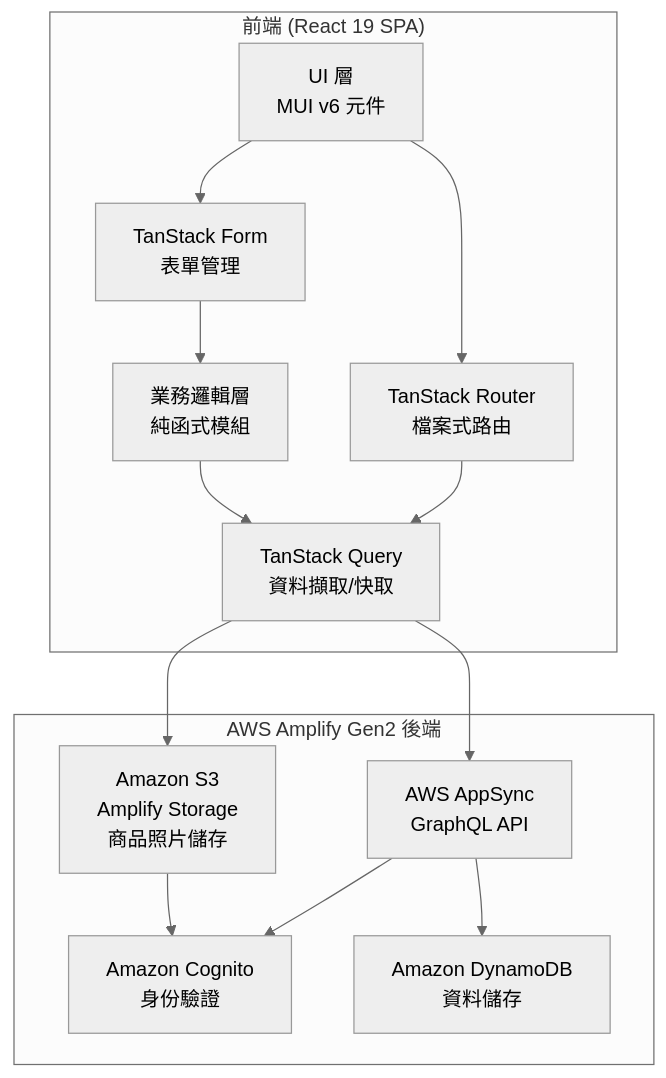
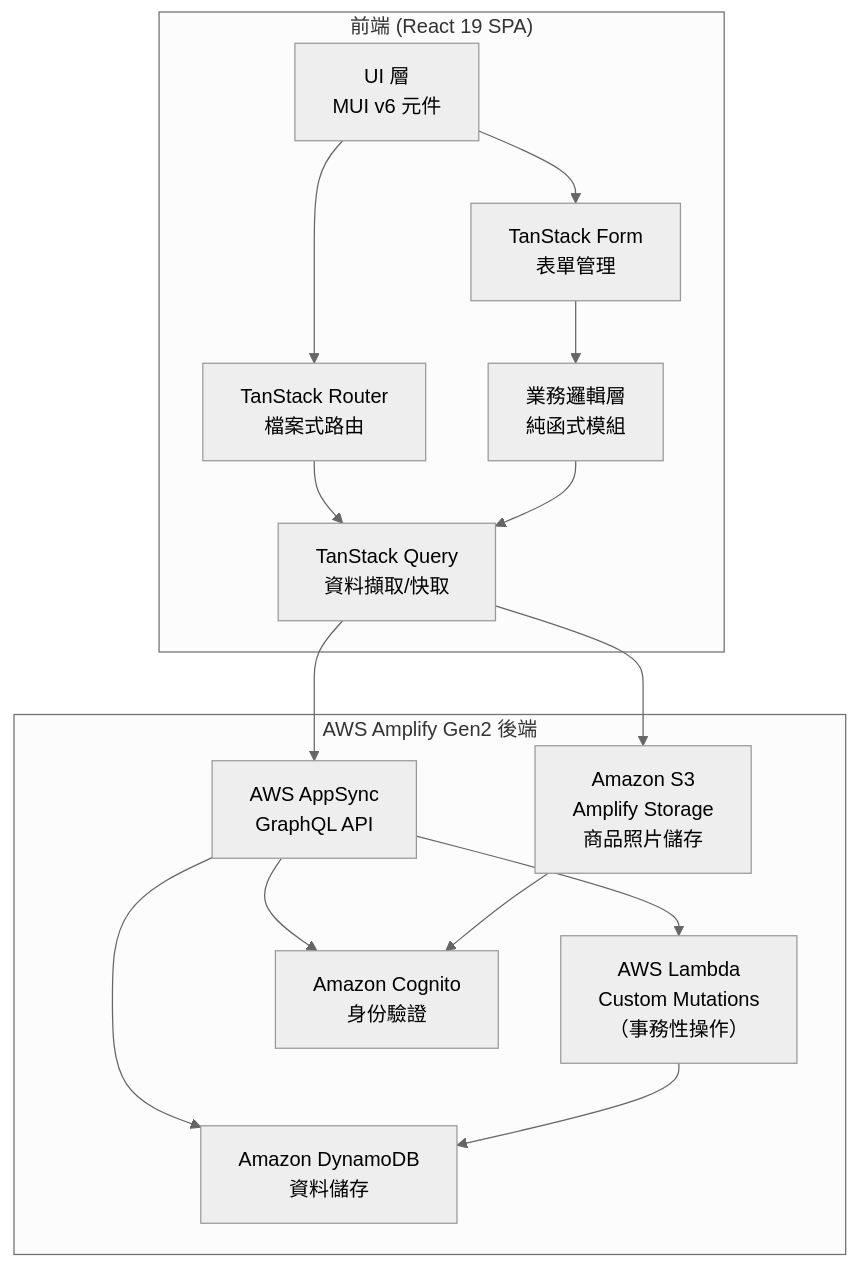
The first of 4 diagrams in .kiro/specs/ecommerce-order-management/design.md (eechih/my-second-kiro-project), drawn with Mermaid (neutral theme) before and after one commit. The commit also changed other lines of this file and 1 other file, not shown here.

Commit message:
feat: add Lambda custom mutations and Product-Variant hasMany relationship to spec

````diff
--- a/.kiro/specs/ecommerce-order-management/design.md
+++ b/.kiro/specs/ecommerce-order-management/design.md
@@ -29,28 +35,31 @@
 ```mermaid
 graph TB
     subgraph "前端 (React 19 SPA)"
         UI["UI 層<br/>MUI v6 元件"]
         Router["TanStack Router<br/>檔案式路由"]
         Forms["TanStack Form<br/>表單管理"]
         Query["TanStack Query<br/>資料擷取/快取"]
         Logic["業務邏輯層<br/>純函式模組"]
     end
 
     subgraph "AWS Amplify Gen2 後端"
         AppSync["AWS AppSync<br/>GraphQL API"]
+        Lambda["AWS Lambda<br/>Custom Mutations<br/>（事務性操作）"]
         Cognito["Amazon Cognito<br/>身份驗證"]
         DynamoDB["Amazon DynamoDB<br/>資料儲存"]
         S3["Amazon S3<br/>Amplify Storage<br/>商品照片儲存"]
     end
 
     UI --> Router
     UI --> Forms
     Router --> Query
     Forms --> Logic
     Query --> AppSync
     Query --> S3
+    AppSync --> Lambda
     AppSync --> Cognito
     AppSync --> DynamoDB
+    Lambda --> DynamoDB
     S3 --> Cognito
     Logic --> Query
 ```
````
